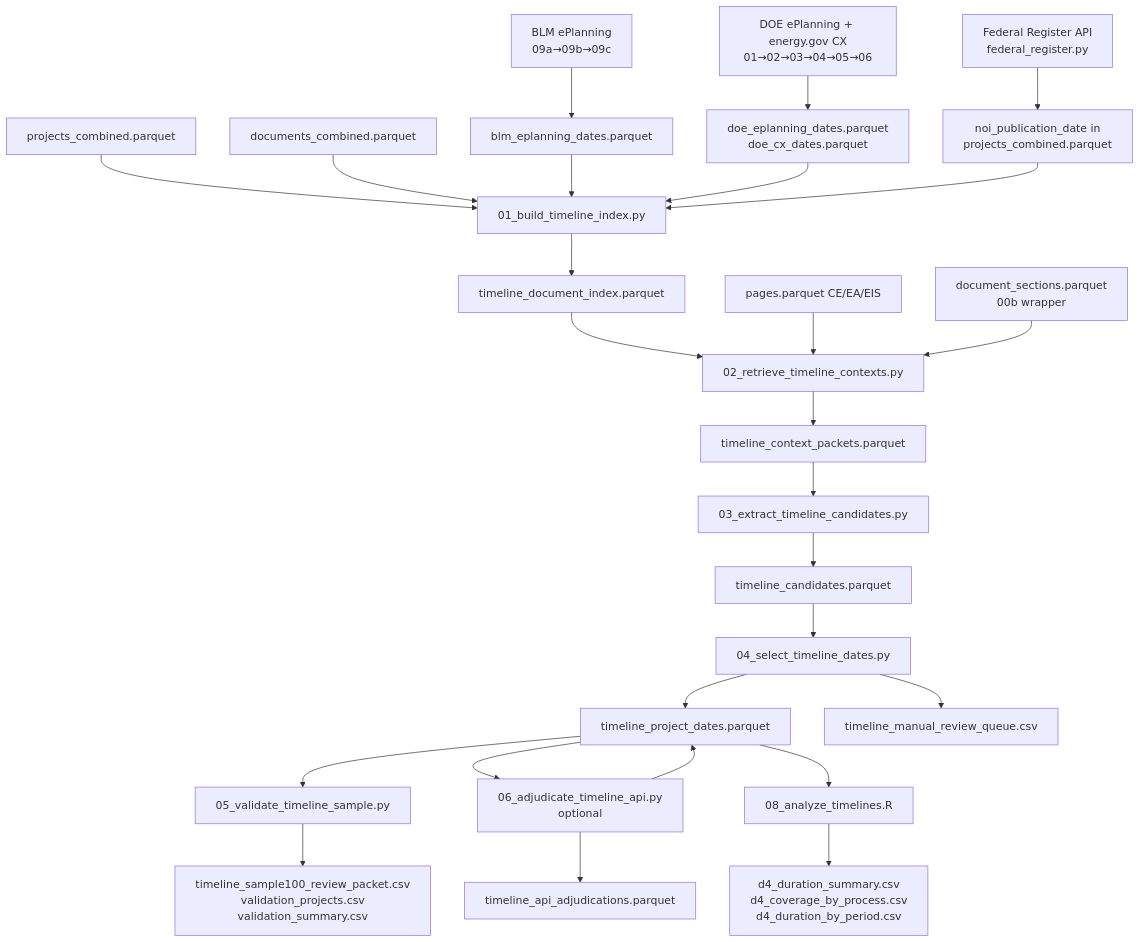
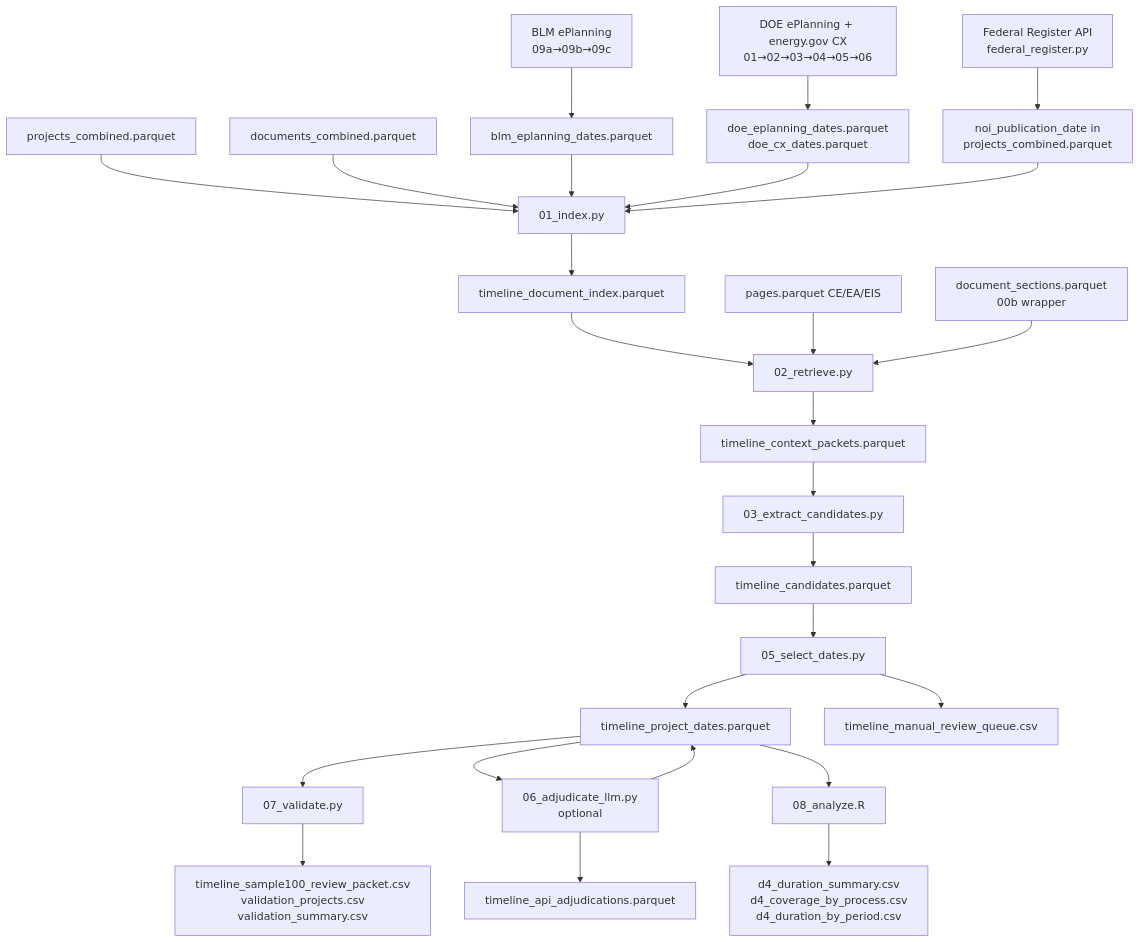
The diagram in phase2/architecture/deliverables/deliverable04.md (kaseyzapatka/nepa), drawn with Mermaid before and after one commit. The commit also changed other lines of this file and 20 other files, not shown here.

````diff
--- a/phase2/architecture/deliverables/deliverable04.md
+++ b/phase2/architecture/deliverables/deliverable04.md
@@ -61,35 +64,35 @@
 ```mermaid
 flowchart TD
     A[BLM ePlanning\n09a→09b→09c] --> B[blm_eplanning_dates.parquet]
     C[DOE ePlanning + energy.gov CX\n01→02→03→04→05→06] --> D[doe_eplanning_dates.parquet\ndoe_cx_dates.parquet]
     E[Federal Register API\nfederal_register.py] --> F[noi_publication_date in\nprojects_combined.parquet]
 
-    G[projects_combined.parquet] --> H[01_build_timeline_index.py]
+    G[projects_combined.parquet] --> H[01_index.py]
     I[documents_combined.parquet] --> H
     B --> H
     D --> H
     F --> H
     H --> J[timeline_document_index.parquet]
 
-    J --> K[02_retrieve_timeline_contexts.py]
+    J --> K[02_retrieve.py]
     L[pages.parquet CE/EA/EIS] --> K
     M[document_sections.parquet\n00b wrapper] --> K
     K --> N[timeline_context_packets.parquet]
 
-    N --> O[03_extract_timeline_candidates.py]
+    N --> O[03_extract_candidates.py]
     O --> P[timeline_candidates.parquet]
 
-    P --> Q[04_select_timeline_dates.py]
+    P --> Q[05_select_dates.py]
     Q --> R[timeline_project_dates.parquet]
     Q --> S[timeline_manual_review_queue.csv]
 
-    R --> T[05_validate_timeline_sample.py]
+    R --> T[07_validate.py]
     T --> U[timeline_sample100_review_packet.csv\nvalidation_projects.csv\nvalidation_summary.csv]
 
-    R --> V[06_adjudicate_timeline_api.py\noptional]
+    R --> V[06_adjudicate_llm.py\noptional]
     V --> W[timeline_api_adjudications.parquet]
     V --> R
 
-    R --> X[08_analyze_timelines.R]
+    R --> X[08_analyze.R]
     X --> Y[d4_duration_summary.csv\nd4_coverage_by_process.csv\nd4_duration_by_period.csv]
 ```
````
